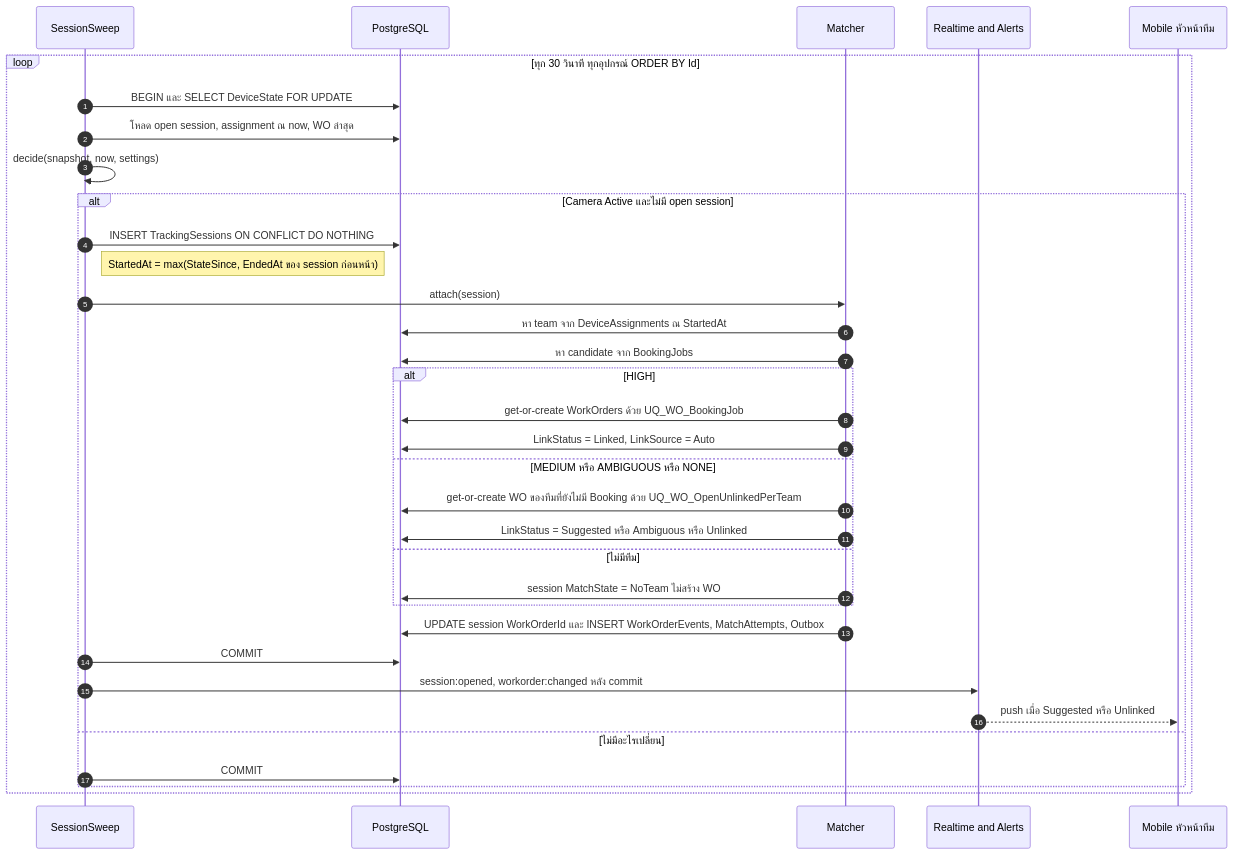
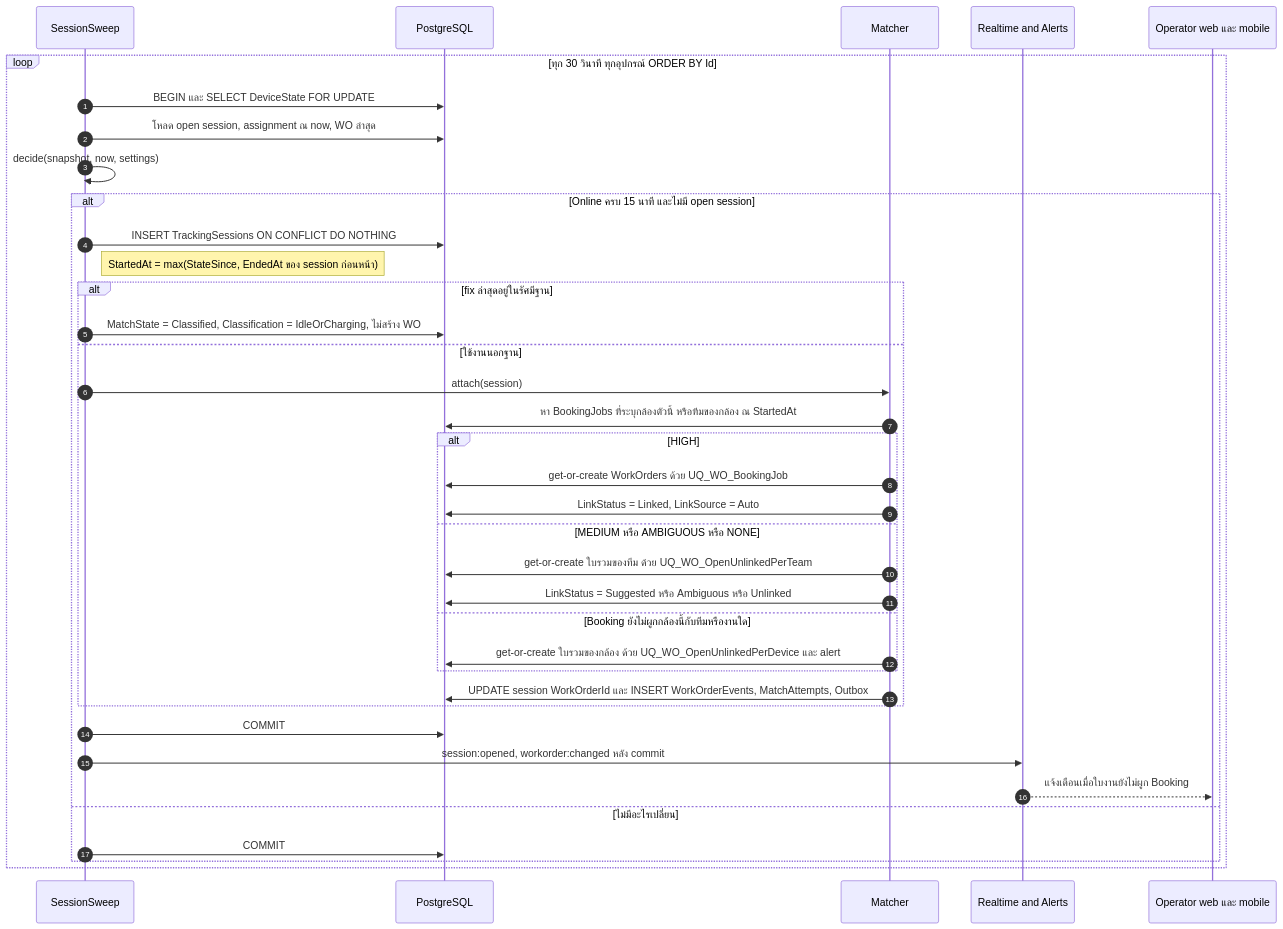
One commit to b-werayut/psd-bodycam-v1.0 changed the third of 12 diagrams in docs/blueprint/03-business-workflows.md. Above: the diagram before and after it, drawn with Mermaid. The commit also changed other lines of this file and 8 other files, not shown here.

````diff
--- a/docs/blueprint/03-business-workflows.md
+++ b/docs/blueprint/03-business-workflows.md
@@ -76,37 +81,40 @@
 ```mermaid
 sequenceDiagram
   autonumber
   participant SW as SessionSweep
   participant DB as PostgreSQL
   participant M as Matcher
   participant RT as Realtime and Alerts
-  participant LEAD as Mobile หัวหน้าทีม
+  participant OPS as Operator web และ mobile
 
   loop ทุก 30 วินาที ทุกอุปกรณ์ ORDER BY Id
     SW->>DB: BEGIN และ SELECT DeviceState FOR UPDATE
     SW->>DB: โหลด open session, assignment ณ now, WO ล่าสุด
     SW->>SW: decide(snapshot, now, settings)
-    alt Camera Active และไม่มี open session
+    alt Online ครบ 15 นาที และไม่มี open session
       SW->>DB: INSERT TrackingSessions ON CONFLICT DO NOTHING
       Note right of SW: StartedAt = max(StateSince, EndedAt ของ session ก่อนหน้า)
-      SW->>M: attach(session)
-      M->>DB: หา team จาก DeviceAssignments ณ StartedAt
-      M->>DB: หา candidate จาก BookingJobs
-      alt HIGH
-        M->>DB: get-or-create WorkOrders ด้วย UQ_WO_BookingJob
-        M->>DB: LinkStatus = Linked, LinkSource = Auto
-      else MEDIUM หรือ AMBIGUOUS หรือ NONE
-        M->>DB: get-or-create WO ของทีมที่ยังไม่มี Booking ด้วย UQ_WO_OpenUnlinkedPerTeam
-        M->>DB: LinkStatus = Suggested หรือ Ambiguous หรือ Unlinked
-      else ไม่มีทีม
-        M->>DB: session MatchState = NoTeam ไม่สร้าง WO
+      alt fix ล่าสุดอยู่ในรัศมีฐาน
+        SW->>DB: MatchState = Classified, Classification = IdleOrCharging, ไม่สร้าง WO
+      else ใช้งานนอกฐาน
+        SW->>M: attach(session)
+        M->>DB: หา BookingJobs ที่ระบุกล้องตัวนี้ หรือทีมของกล้อง ณ StartedAt
+        alt HIGH
+          M->>DB: get-or-create WorkOrders ด้วย UQ_WO_BookingJob
+          M->>DB: LinkStatus = Linked, LinkSource = Auto
+        else MEDIUM หรือ AMBIGUOUS หรือ NONE
+          M->>DB: get-or-create ใบรวมของทีม ด้วย UQ_WO_OpenUnlinkedPerTeam
+          M->>DB: LinkStatus = Suggested หรือ Ambiguous หรือ Unlinked
+        else Booking ยังไม่ผูกกล้องนี้กับทีมหรืองานใด
+          M->>DB: get-or-create ใบรวมของกล้อง ด้วย UQ_WO_OpenUnlinkedPerDevice และ alert
+        end
+        M->>DB: UPDATE session WorkOrderId และ INSERT WorkOrderEvents, MatchAttempts, Outbox
       end
-      M->>DB: UPDATE session WorkOrderId และ INSERT WorkOrderEvents, MatchAttempts, Outbox
       SW->>DB: COMMIT
       SW->>RT: session:opened, workorder:changed หลัง commit
-      RT-->>LEAD: push เมื่อ Suggested หรือ Unlinked
+      RT-->>OPS: แจ้งเตือนเมื่อใบงานยังไม่ผูก Booking
     else ไม่มีอะไรเปลี่ยน
       SW->>DB: COMMIT
     end
   end
 ```
````
